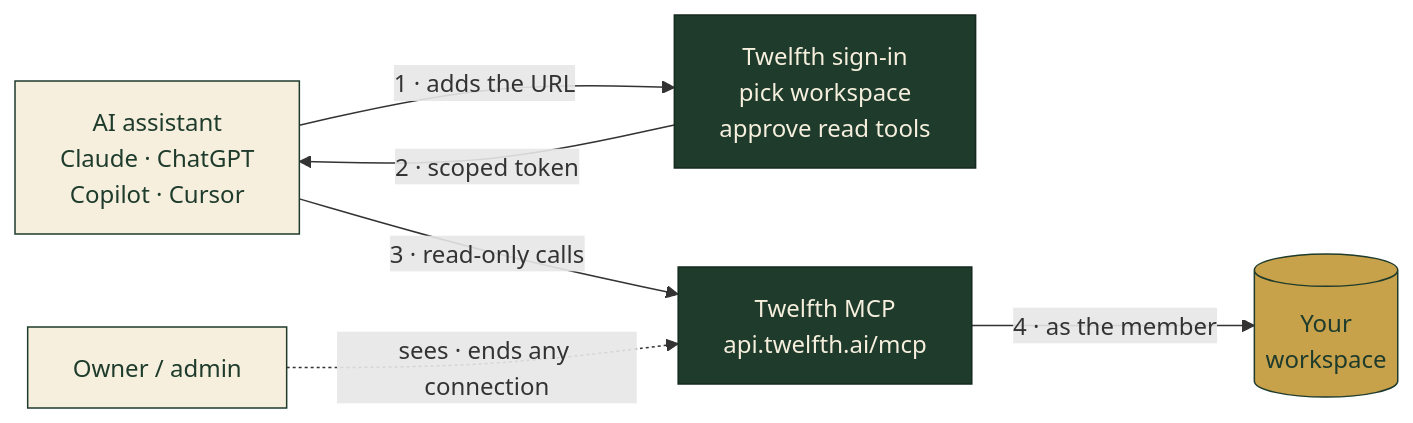
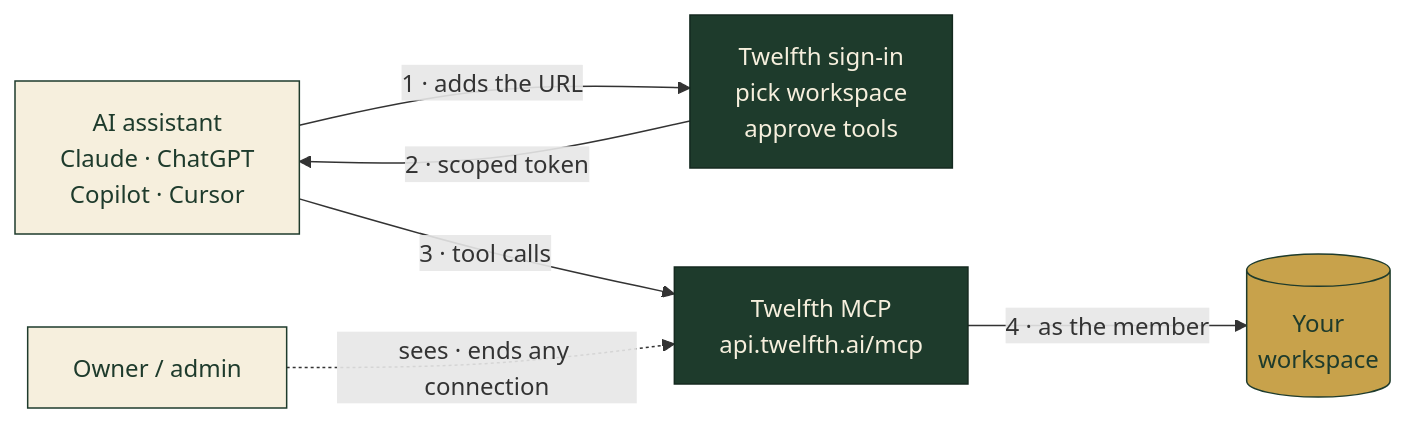
The diagram in README.md (twelfth-ai/twelfth-mcp), drawn with Mermaid before and after one commit. The commit also changed other lines of this file and 41 other files, not shown here.

````diff
--- a/README.md
+++ b/README.md
@@ -44,15 +44,15 @@
 ```mermaid
 flowchart LR
-    A["AI assistant<br/>Claude · ChatGPT<br/>Copilot · Cursor"] -- "1 · adds the URL" --> S["Twelfth sign-in<br/>pick workspace<br/>approve read tools"]
+    A["AI assistant<br/>Claude · ChatGPT<br/>Copilot · Cursor"] -- "1 · adds the URL" --> S["Twelfth sign-in<br/>pick workspace<br/>approve tools"]
     S -- "2 · scoped token" --> A
-    A -- "3 · read-only calls" --> M["Twelfth MCP<br/>api.twelfth.ai/mcp"]
+    A -- "3 · tool calls" --> M["Twelfth MCP<br/>api.twelfth.ai/mcp"]
     M -- "4 · as the member" --> W[("Your<br/>workspace")]
     ADM["Owner / admin"] -. "sees · ends any connection" .-> M
 
     classDef ink fill:#1e3b2c,stroke:#14291f,color:#f6efdd;
     classDef paper fill:#f6efdd,stroke:#1e3b2c,color:#1e3b2c;
     classDef gilt fill:#c8a24b,stroke:#1e3b2c,color:#1e3b2c;
     class A,ADM paper;
     class S,M ink;
     class W gilt;
 ```
````
